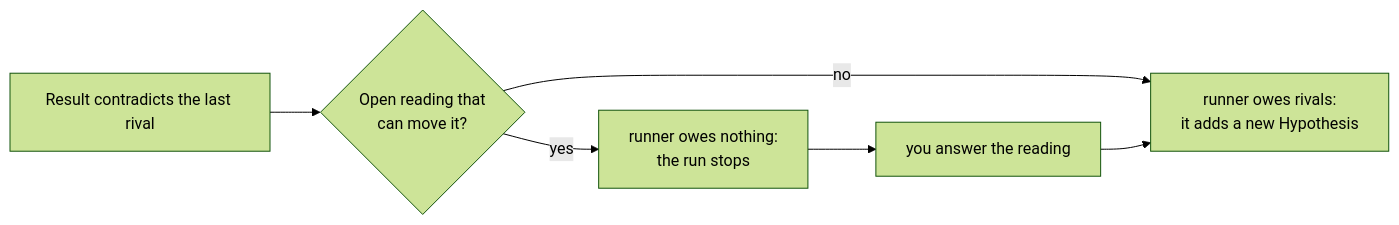
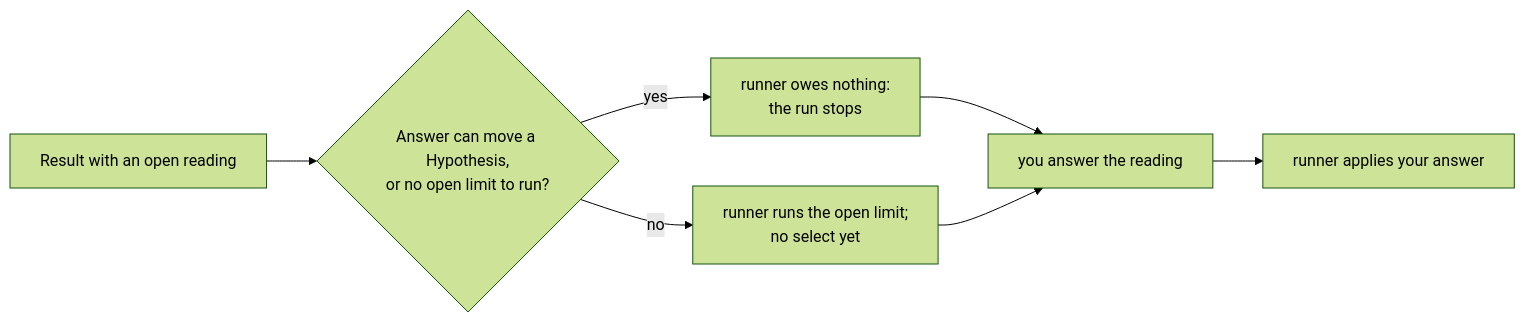
The diagram in docs/owner-guide.md (dat9uy/hyp), drawn with Mermaid (forest theme) before and after one commit. The commit also changed other lines of this file and 15 other files, not shown here.

First line of the commit message:
feat: an open reading holds its question's decision and next Hypothesis

````diff
--- a/docs/owner-guide.md
+++ b/docs/owner-guide.md
@@ -61,8 +61,9 @@
 ```mermaid
 flowchart LR
-  R[Result contradicts the last rival] --> Q{Open reading that<br/>can move it?}
-  Q -- no --> W[runner owes rivals:<br/>it adds a new Hypothesis]
+  R[Result with an open reading] --> Q{Answer can move a Hypothesis,<br/>or no open limit to run?}
+  Q -- no --> W[runner runs the open limit;<br/>no select yet]
   Q -- yes --> S[runner owes nothing:<br/>the run stops]
   S --> A[you answer the reading]
-  A --> W
+  W --> A
+  A --> N[runner applies your answer]
 ```
````
